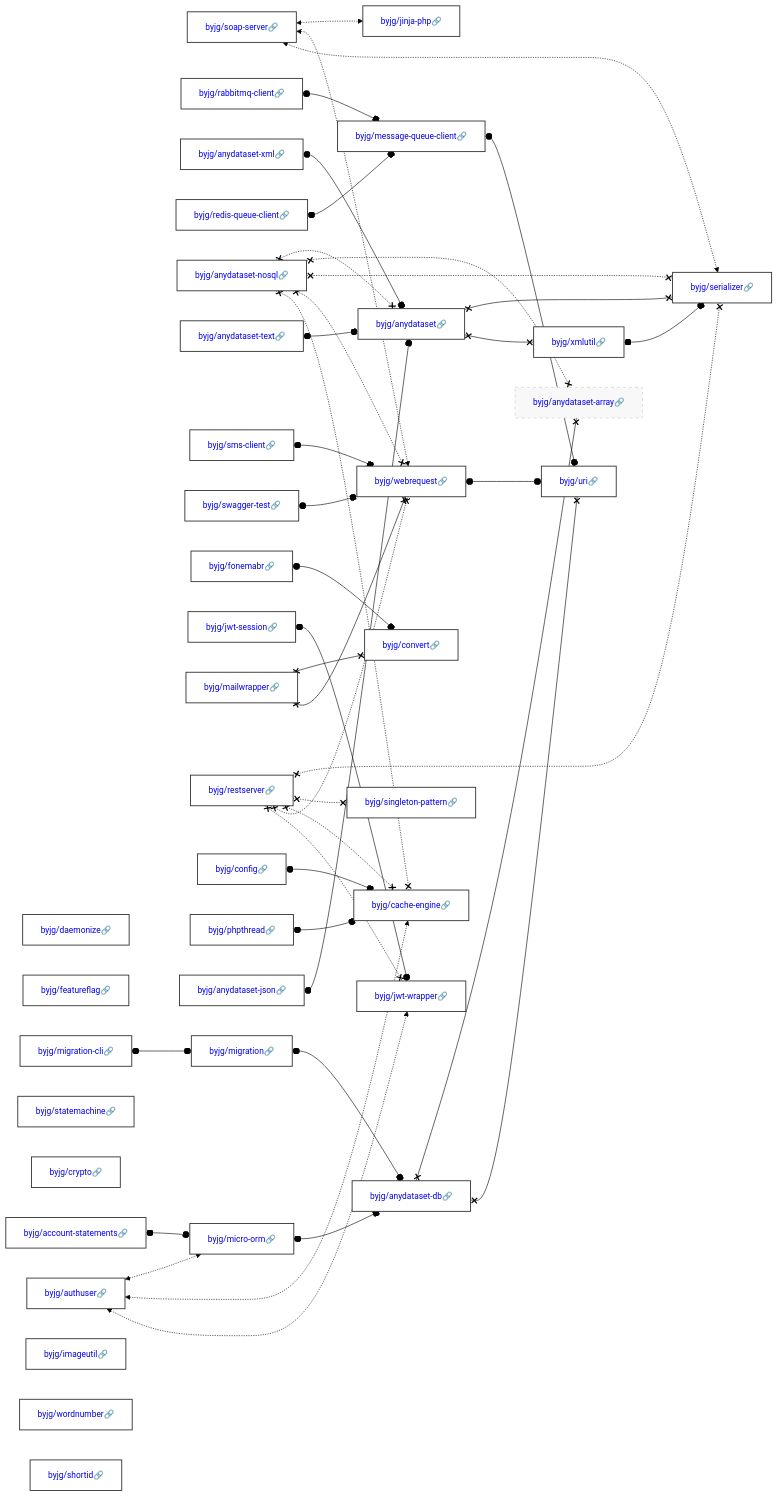
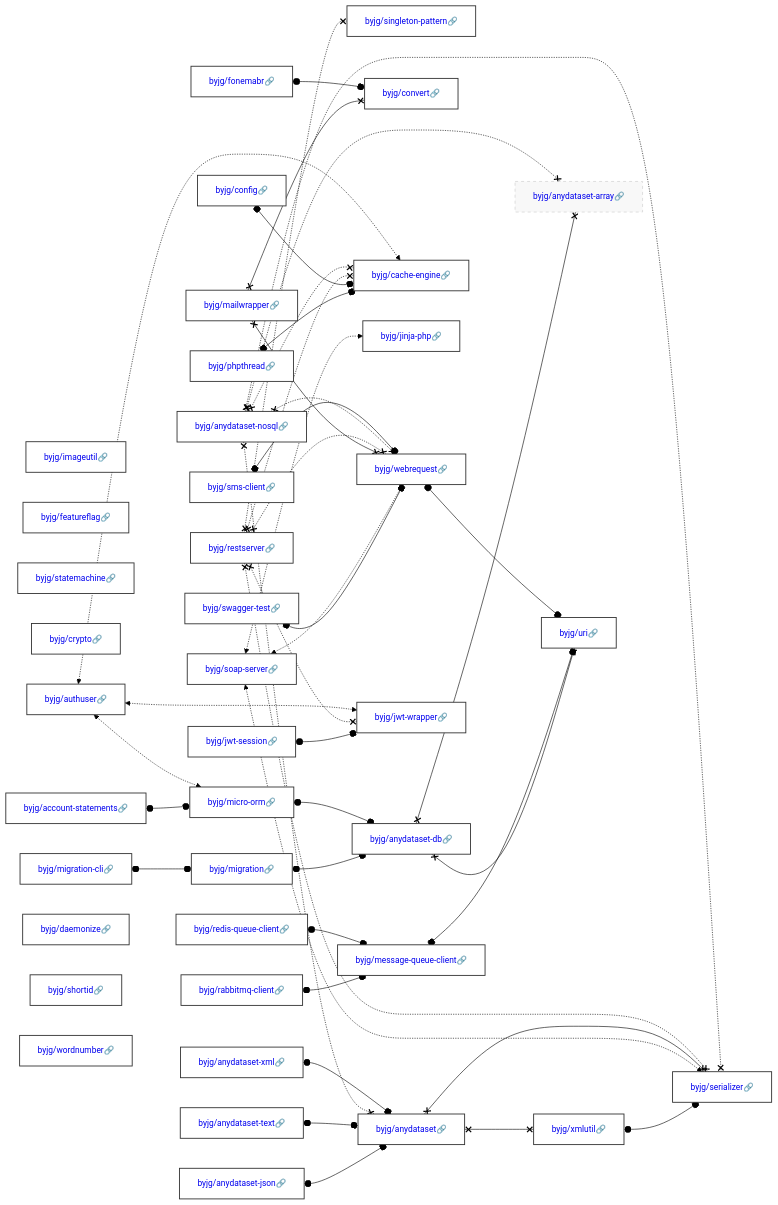
One commit to byjg/byjg.github.io changed the diagram in docs/php/README.md. Above: the diagram before and after it, drawn with Mermaid (forest theme). The commit also changed other lines of this file, not shown here.

Commit message:
Update documentation 'php' 'php-serializer'

````diff
--- a/docs/php/README.md
+++ b/docs/php/README.md
@@ -3,45 +3,45 @@
 ```mermaid
 graph LR;
+  byjg/imageutil[<a href='https://opensource.byjg.com/docs/php/imageutil' style='text-decoration:none'>byjg/imageutil🔗</a>];
+  byjg/phpthread[<a href='https://opensource.byjg.com/docs/php/phpthread' style='text-decoration:none'>byjg/phpthread🔗</a>];
+  byjg/restserver[<a href='https://opensource.byjg.com/docs/php/restserver' style='text-decoration:none'>byjg/restserver🔗</a>];
+  byjg/redis-queue-client[<a href='https://opensource.byjg.com/docs/php/redis-queue-client' style='text-decoration:none'>byjg/redis-queue-client🔗</a>];
+  byjg/anydataset-xml[<a href='https://opensource.byjg.com/docs/php/anydataset-xml' style='text-decoration:none'>byjg/anydataset-xml🔗</a>];
+  byjg/anydataset-json[<a href='https://opensource.byjg.com/docs/php/anydataset-json' style='text-decoration:none'>byjg/anydataset-json🔗</a>];
+  byjg/anydataset-nosql[<a href='https://opensource.byjg.com/docs/php/anydataset-nosql' style='text-decoration:none'>byjg/anydataset-nosql🔗</a>];
+  byjg/featureflag[<a href='https://opensource.byjg.com/docs/php/featureflag' style='text-decoration:none'>byjg/featureflag🔗</a>];
+  byjg/sms-client[<a href='https://opensource.byjg.com/docs/php/sms-client' style='text-decoration:none'>byjg/sms-client🔗</a>];
+  byjg/statemachine[<a href='https://opensource.byjg.com/docs/php/statemachine' style='text-decoration:none'>byjg/statemachine🔗</a>];
+  byjg/crypto[<a href='https://opensource.byjg.com/docs/php/crypto' style='text-decoration:none'>byjg/crypto🔗</a>];
+  byjg/anydataset-text[<a href='https://opensource.byjg.com/docs/php/anydataset-text' style='text-decoration:none'>byjg/anydataset-text🔗</a>];
+  byjg/mailwrapper[<a href='https://opensource.byjg.com/docs/php/mailwrapper' style='text-decoration:none'>byjg/mailwrapper🔗</a>];
+  byjg/swagger-test[<a href='https://opensource.byjg.com/docs/php/swagger-test' style='text-decoration:none'>byjg/swagger-test🔗</a>];
+  byjg/fonemabr[<a href='https://opensource.byjg.com/docs/php/fonemabr' style='text-decoration:none'>byjg/fonemabr🔗</a>];
+  byjg/account-statements[<a href='https://opensource.byjg.com/docs/php/account-statements' style='text-decoration:none'>byjg/account-statements🔗</a>];
+  byjg/authuser[<a href='https://opensource.byjg.com/docs/php/authuser' style='text-decoration:none'>byjg/authuser🔗</a>];
+  byjg/rabbitmq-client[<a href='https://opensource.byjg.com/docs/php/rabbitmq-client' style='text-decoration:none'>byjg/rabbitmq-client🔗</a>];
+  byjg/config[<a href='https://opensource.byjg.com/docs/php/config' style='text-decoration:none'>byjg/config🔗</a>];
+  byjg/soap-server[<a href='https://opensource.byjg.com/docs/php/soap-server' style='text-decoration:none'>byjg/soap-server🔗</a>];
+  byjg/migration-cli[<a href='https://opensource.byjg.com/docs/php/migration-cli' style='text-decoration:none'>byjg/migration-cli🔗</a>];
   byjg/daemonize[<a href='https://opensource.byjg.com/docs/php/daemonize' style='text-decoration:none'>byjg/daemonize🔗</a>];
-  byjg/soap-server[<a href='https://opensource.byjg.com/docs/php/soap-server' style='text-decoration:none'>byjg/soap-server🔗</a>];
-  byjg/featureflag[<a href='https://opensource.byjg.com/docs/php/featureflag' style='text-decoration:none'>byjg/featureflag🔗</a>];
-  byjg/rabbitmq-client[<a href='https://opensource.byjg.com/docs/php/rabbitmq-client' style='text-decoration:none'>byjg/rabbitmq-client🔗</a>];
-  byjg/anydataset-xml[<a href='https://opensource.byjg.com/docs/php/anydataset-xml' style='text-decoration:none'>byjg/anydataset-xml🔗</a>];
-  byjg/authuser[<a href='https://opensource.byjg.com/docs/php/authuser' style='text-decoration:none'>byjg/authuser🔗</a>];
-  byjg/redis-queue-client[<a href='https://opensource.byjg.com/docs/php/redis-queue-client' style='text-decoration:none'>byjg/redis-queue-client🔗</a>];
-  byjg/statemachine[<a href='https://opensource.byjg.com/docs/php/statemachine' style='text-decoration:none'>byjg/statemachine🔗</a>];
-  byjg/anydataset-nosql[<a href='https://opensource.byjg.com/docs/php/anydataset-nosql' style='text-decoration:none'>byjg/anydataset-nosql🔗</a>];
-  byjg/crypto[<a href='https://opensource.byjg.com/docs/php/crypto' style='text-decoration:none'>byjg/crypto🔗</a>];
-  byjg/account-statements[<a href='https://opensource.byjg.com/docs/php/account-statements' style='text-decoration:none'>byjg/account-statements🔗</a>];
-  byjg/anydataset-text[<a href='https://opensource.byjg.com/docs/php/anydataset-text' style='text-decoration:none'>byjg/anydataset-text🔗</a>];
-  byjg/migration-cli[<a href='https://opensource.byjg.com/docs/php/migration-cli' style='text-decoration:none'>byjg/migration-cli🔗</a>];
-  byjg/sms-client[<a href='https://opensource.byjg.com/docs/php/sms-client' style='text-decoration:none'>byjg/sms-client🔗</a>];
-  byjg/swagger-test[<a href='https://opensource.byjg.com/docs/php/swagger-test' style='text-decoration:none'>byjg/swagger-test🔗</a>];
-  byjg/imageutil[<a href='https://opensource.byjg.com/docs/php/imageutil' style='text-decoration:none'>byjg/imageutil🔗</a>];
-  byjg/fonemabr[<a href='https://opensource.byjg.com/docs/php/fonemabr' style='text-decoration:none'>byjg/fonemabr🔗</a>];
   byjg/jwt-session[<a href='https://opensource.byjg.com/docs/php/jwt-session' style='text-decoration:none'>byjg/jwt-session🔗</a>];
-  byjg/mailwrapper[<a href='https://opensource.byjg.com/docs/php/mailwrapper' style='text-decoration:none'>byjg/mailwrapper🔗</a>];
-  byjg/restserver[<a href='https://opensource.byjg.com/docs/php/restserver' style='text-decoration:none'>byjg/restserver🔗</a>];
+  byjg/shortid[<a href='https://opensource.byjg.com/docs/php/shortid' style='text-decoration:none'>byjg/shortid🔗</a>];
   byjg/wordnumber[<a href='https://opensource.byjg.com/docs/php/wordnumber' style='text-decoration:none'>byjg/wordnumber🔗</a>];
-  byjg/shortid[<a href='https://opensource.byjg.com/docs/php/shortid' style='text-decoration:none'>byjg/shortid🔗</a>];
-  byjg/config[<a href='https://opensource.byjg.com/docs/php/config' style='text-decoration:none'>byjg/config🔗</a>];
-  byjg/phpthread[<a href='https://opensource.byjg.com/docs/php/phpthread' style='text-decoration:none'>byjg/phpthread🔗</a>];
-  byjg/anydataset-json[<a href='https://opensource.byjg.com/docs/php/anydataset-json' style='text-decoration:none'>byjg/anydataset-json🔗</a>];
+  byjg/singleton-pattern[<a href='https://opensource.byjg.com/docs/php/singleton-pattern' style='text-decoration:none'>byjg/singleton-pattern🔗</a>];
+  byjg/anydataset[<a href='https://opensource.byjg.com/docs/php/anydataset' style='text-decoration:none'>byjg/anydataset🔗</a>];
+  byjg/convert[<a href='https://opensource.byjg.com/docs/php/convert' style='text-decoration:none'>byjg/convert🔗</a>];
+  byjg/micro-orm[<a href='https://opensource.byjg.com/docs/php/micro-orm' style='text-decoration:none'>byjg/micro-orm🔗</a>];
+  byjg/message-queue-client[<a href='https://opensource.byjg.com/docs/php/message-queue-client' style='text-decoration:none'>byjg/message-queue-client🔗</a>];
+  byjg/cache-engine[<a href='https://opensource.byjg.com/docs/php/cache-engine' style='text-decoration:none'>byjg/cache-engine🔗</a>];
   byjg/jinja-php[<a href='https://opensource.byjg.com/docs/php/jinja-php' style='text-decoration:none'>byjg/jinja-php🔗</a>];
-  byjg/message-queue-client[<a href='https://opensource.byjg.com/docs/php/message-queue-client' style='text-decoration:none'>byjg/message-queue-client🔗</a>];
-  byjg/micro-orm[<a href='https://opensource.byjg.com/docs/php/micro-orm' style='text-decoration:none'>byjg/micro-orm🔗</a>];
+  byjg/webrequest[<a href='https://opensource.byjg.com/docs/php/webrequest' style='text-decoration:none'>byjg/webrequest🔗</a>];
   byjg/migration[<a href='https://opensource.byjg.com/docs/php/migration' style='text-decoration:none'>byjg/migration🔗</a>];
-  byjg/convert[<a href='https://opensource.byjg.com/docs/php/convert' style='text-decoration:none'>byjg/convert🔗</a>];
-  byjg/singleton-pattern[<a href='https://opensource.byjg.com/docs/php/singleton-pattern' style='text-decoration:none'>byjg/singleton-pattern🔗</a>];
-  byjg/webrequest[<a href='https://opensource.byjg.com/docs/php/webrequest' style='text-decoration:none'>byjg/webrequest🔗</a>];
   byjg/jwt-wrapper[<a href='https://opensource.byjg.com/docs/php/jwt-wrapper' style='text-decoration:none'>byjg/jwt-wrapper🔗</a>];
-  byjg/cache-engine[<a href='https://opensource.byjg.com/docs/php/cache-engine' style='text-decoration:none'>byjg/cache-engine🔗</a>];
-  byjg/anydataset[<a href='https://opensource.byjg.com/docs/php/anydataset' style='text-decoration:none'>byjg/anydataset🔗</a>];
+  byjg/xmlutil[<a href='https://opensource.byjg.com/docs/php/xmlutil' style='text-decoration:none'>byjg/xmlutil🔗</a>];
   byjg/anydataset-db[<a href='https://opensource.byjg.com/docs/php/anydataset-db' style='text-decoration:none'>byjg/anydataset-db🔗</a>];
-  byjg/xmlutil[<a href='https://opensource.byjg.com/docs/php/xmlutil' style='text-decoration:none'>byjg/xmlutil🔗</a>];
+  byjg/serializer[<a href='https://opensource.byjg.com/docs/php/serializer' style='text-decoration:none'>byjg/serializer🔗</a>];
   byjg/anydataset-array[<a href='https://opensource.byjg.com/docs/php/anydataset-array' style='text-decoration:none'>byjg/anydataset-array🔗</a>];
   byjg/uri[<a href='https://opensource.byjg.com/docs/php/uri' style='text-decoration:none'>byjg/uri🔗</a>];
-  byjg/serializer[<a href='https://opensource.byjg.com/docs/php/serializer' style='text-decoration:none'>byjg/serializer🔗</a>];
   byjg/xmlutil o--o byjg/serializer;
   byjg/rabbitmq-client o--o byjg/message-queue-client;
   byjg/migration o--o byjg/anydataset-db;
````
